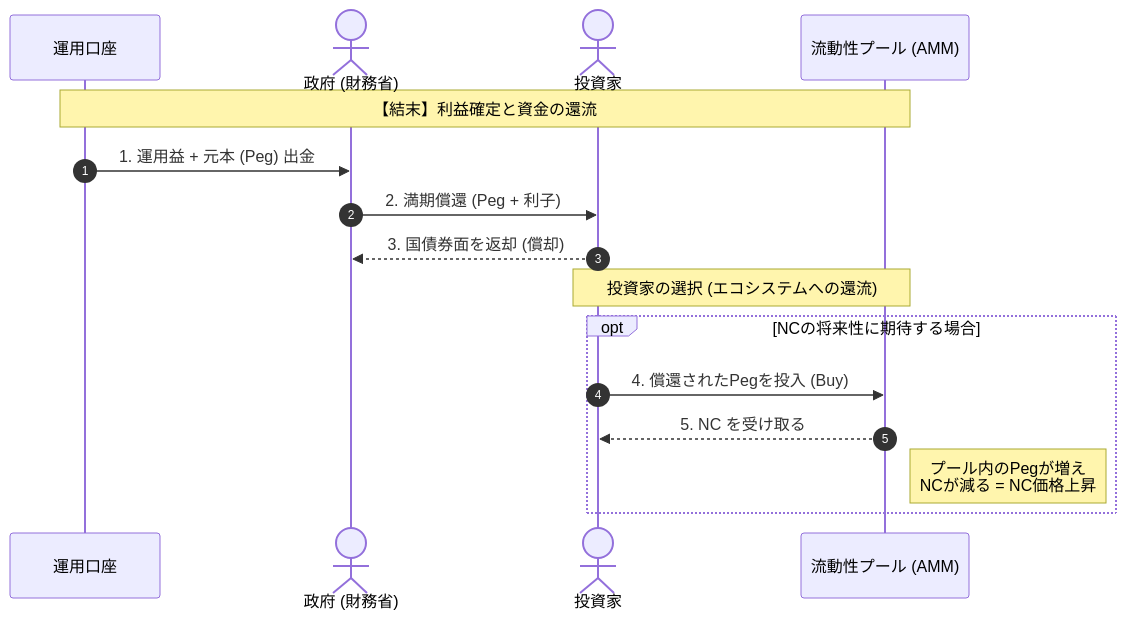
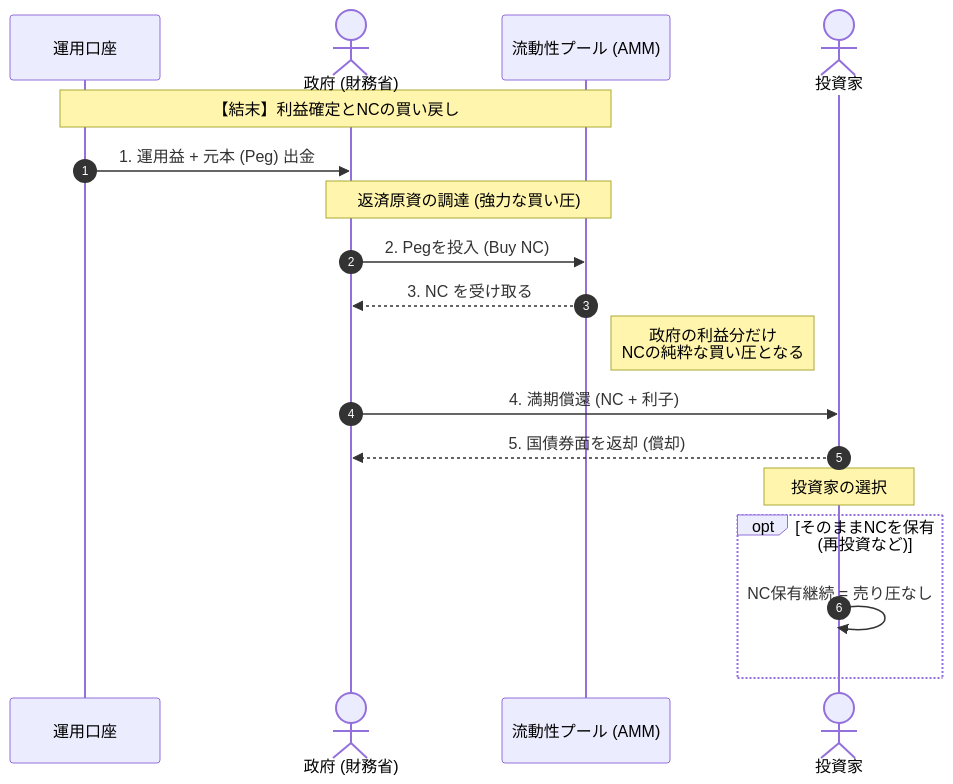
The third of 3 diagrams in MMOBank/Cash_flow_mermaid.md (h4ribote/share_doc), drawn with Mermaid before and after one commit. The commit also changed other lines of this file, not shown here.

````diff
--- a/MMOBank/Cash_flow_mermaid.md
+++ b/MMOBank/Cash_flow_mermaid.md
@@ -72,22 +77,26 @@
 ```mermaid
 sequenceDiagram
     autonumber
     participant AC as 運用口座
     actor Gov as 政府 (財務省)
+    participant Pool as 流動性プール (AMM)
     actor Inv as 投資家
-    participant Pool as 流動性プール (AMM)
 
-    Note over AC, Pool: 【結末】利益確定と資金の還流
+    Note over AC, Pool: 【結末】利益確定とNCの買い戻し
 
     AC->>Gov: 1. 運用益 + 元本 (Peg) 出金
-    Gov->>Inv: 2. 満期償還 (Peg + 利子)
-    Inv-->>Gov: 3. 国債券面を返却 (償却)
+    
+    Note over Gov, Pool: 返済原資の調達 (強力な買い圧)
+    Gov->>Pool: 2. Pegを投入 (Buy NC)
+    Pool-->>Gov: 3. NC を受け取る
+    Note right of Pool: 政府の利益分だけ<br>NCの純粋な買い圧となる
 
-    Note over Inv, Pool: 投資家の選択 (エコシステムへの還流)
-    opt NCの将来性に期待する場合
-        Inv->>Pool: 4. 償還されたPegを投入 (Buy)
-        Pool-->>Inv: 5. NC を受け取る
-        Note right of Pool: プール内のPegが増え<br>NCが減る = NC価格上昇
+    Gov->>Inv: 4. 満期償還 (NC + 利子)
+    Inv-->>Gov: 5. 国債券面を返却 (償却)
+
+    Note over Inv: 投資家の選択
+    opt そのままNCを保有 (再投資など)
+        Inv->>Inv: NC保有継続 = 売り圧なし
     end
 
 ```
````
